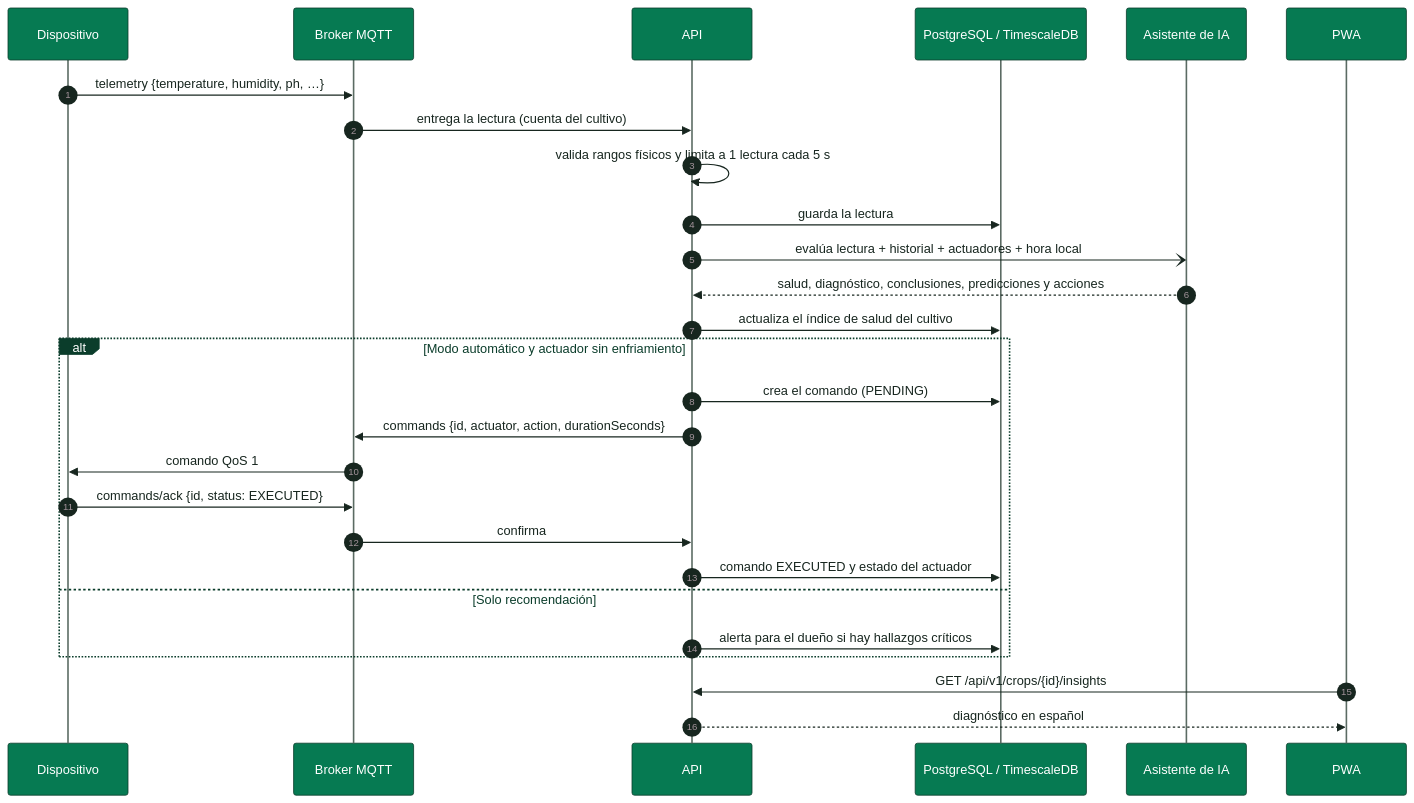
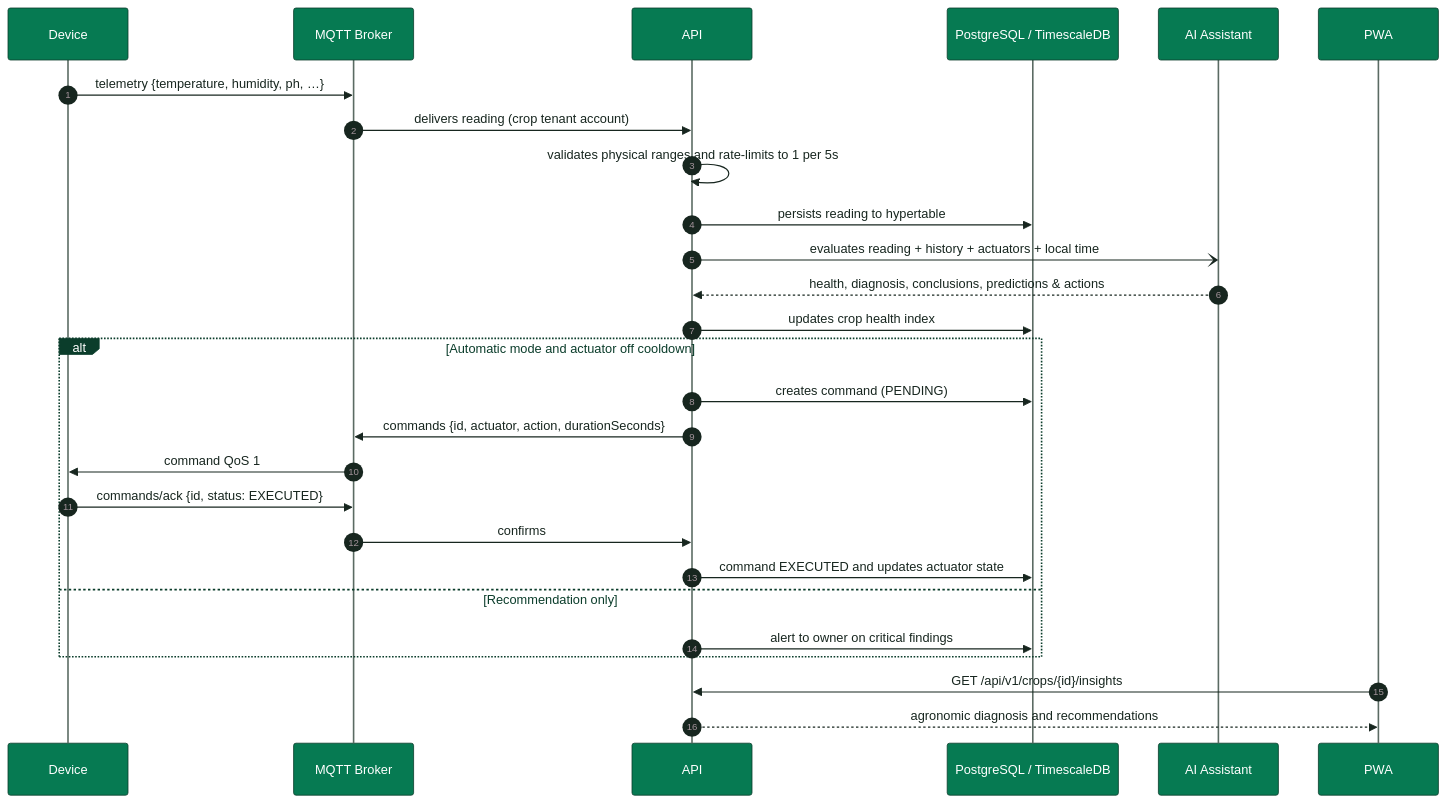
One commit to SmartPotTech/.github changed the diagram in docs/diagrams/SmartPot_02_Reading_Sequence.mmd. Above: the diagram before and after it, drawn with Mermaid. The commit also changed 186 other files, not shown here.

Commit message:
docs(specs): synchronize 100% english organization documentation, diagrams, and formal deliverables

```diff
--- a/docs/diagrams/SmartPot_02_Reading_Sequence.mmd
+++ b/docs/diagrams/SmartPot_02_Reading_Sequence.mmd
@@ -1,28 +1,28 @@
 %%{init: {"theme": "base", "fontFamily": "Segoe UI, Arial, sans-serif", "themeVariables": {"fontFamily": "Segoe UI, Arial, sans-serif", "fontSize": "15px", "primaryColor": "#DDF5EA", "primaryTextColor": "#17261F", "primaryBorderColor": "#067A52", "secondaryColor": "#E3F2FB", "secondaryTextColor": "#17261F", "secondaryBorderColor": "#1F6FA0", "tertiaryColor": "#F2F7F4", "tertiaryTextColor": "#17261F", "tertiaryBorderColor": "#D5E3DC", "lineColor": "#5B6B63", "textColor": "#17261F", "mainBkg": "#DDF5EA", "nodeBorder": "#067A52", "clusterBkg": "#F7FAF8", "clusterBorder": "#D5E3DC", "edgeLabelBackground": "#FFFFFF", "actorBkg": "#067A52", "actorBorder": "#0B3D2B", "actorTextColor": "#FFFFFF", "actorLineColor": "#5B6B63", "signalColor": "#17261F", "signalTextColor": "#17261F", "labelBoxBkgColor": "#0B3D2B", "labelBoxBorderColor": "#0B3D2B", "labelTextColor": "#FFFFFF", "loopTextColor": "#0B3D2B", "noteBkgColor": "#FDF4DD", "noteBorderColor": "#C98D12", "noteTextColor": "#17261F", "activationBkgColor": "#DDF5EA", "activationBorderColor": "#067A52", "attributeBackgroundColorOdd": "#FFFFFF", "attributeBackgroundColorEven": "#F2F7F4"}}}%%
 sequenceDiagram
   autonumber
-  participant M as Dispositivo
-  participant B as Broker MQTT
+  participant M as Device
+  participant B as MQTT Broker
   participant A as API
   participant D as PostgreSQL / TimescaleDB
-  participant I as Asistente de IA
+  participant I as AI Assistant
   participant U as PWA
   M->>B: telemetry {temperature, humidity, ph, …}
-  B->>A: entrega la lectura (cuenta del cultivo)
-  A->>A: valida rangos físicos y limita a 1 lectura cada 5 s
-  A->>D: guarda la lectura
-  A-)I: evalúa lectura + historial + actuadores + hora local
-  I-->>A: salud, diagnóstico, conclusiones, predicciones y acciones
-  A->>D: actualiza el índice de salud del cultivo
-  alt Modo automático y actuador sin enfriamiento
-    A->>D: crea el comando (PENDING)
+  B->>A: delivers reading (crop tenant account)
+  A->>A: validates physical ranges and rate-limits to 1 per 5s
+  A->>D: persists reading to hypertable
+  A-)I: evaluates reading + history + actuators + local time
+  I-->>A: health, diagnosis, conclusions, predictions & actions
+  A->>D: updates crop health index
+  alt Automatic mode and actuator off cooldown
+    A->>D: creates command (PENDING)
     A->>B: commands {id, actuator, action, durationSeconds}
-    B->>M: comando QoS 1
+    B->>M: command QoS 1
     M->>B: commands/ack {id, status: EXECUTED}
-    B->>A: confirma
-    A->>D: comando EXECUTED y estado del actuador
-  else Solo recomendación
-    A->>D: alerta para el dueño si hay hallazgos críticos
+    B->>A: confirms
+    A->>D: command EXECUTED and updates actuator state
+  else Recommendation only
+    A->>D: alert to owner on critical findings
   end
   U->>A: GET /api/v1/crops/{id}/insights
-  A-->>U: diagnóstico en español
+  A-->>U: agronomic diagnosis and recommendations
```
